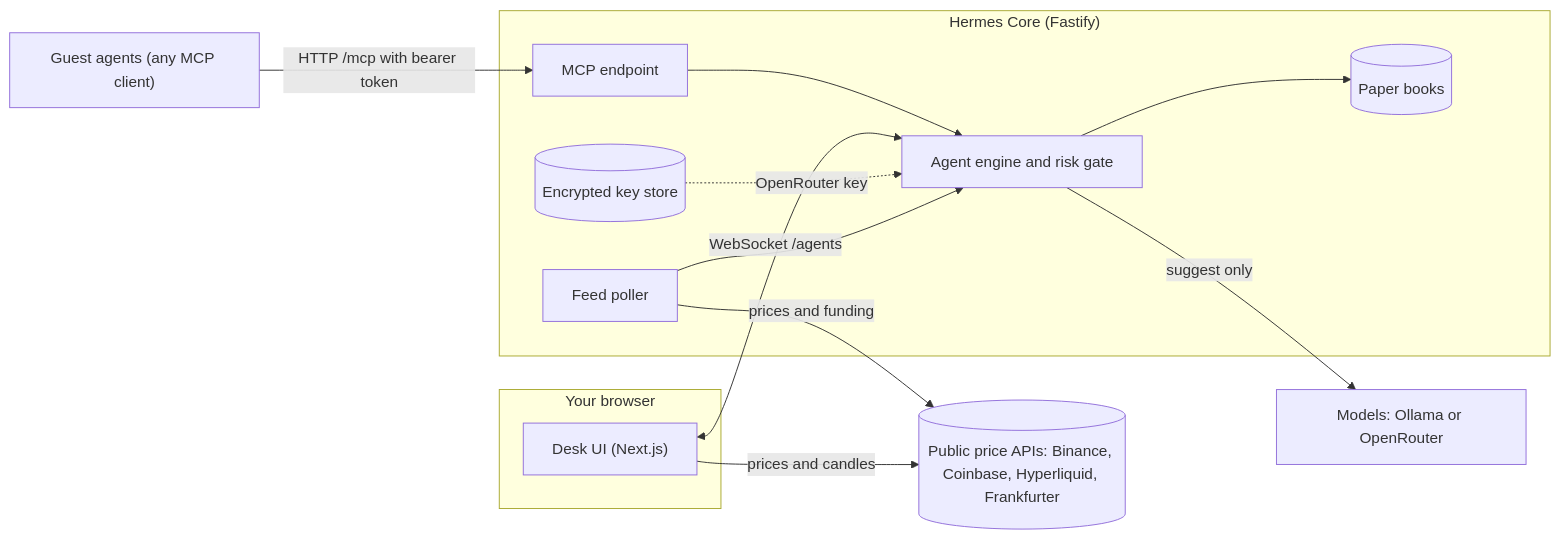
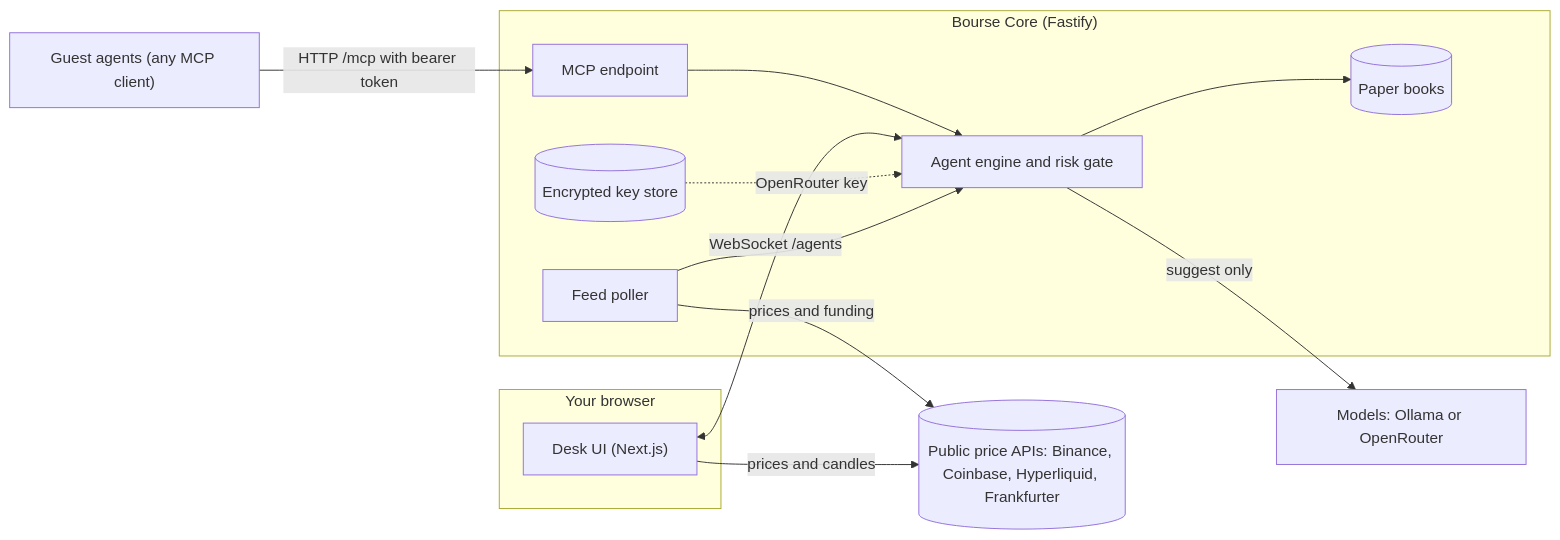
The diagram in README.md (djroken/Bourse-Dealing-Director), drawn with Mermaid before and after one commit. The commit also changed other lines of this file and 44 other files, not shown here.

First line of the commit message:
Rename the project from Hermes to Bourse

````diff
--- a/README.md
+++ b/README.md
@@ -67,25 +67,25 @@
 ```mermaid
 flowchart LR
   subgraph Browser["Your browser"]
     D["Desk UI (Next.js)"]
   end
-  subgraph Core["Hermes Core (Fastify)"]
+  subgraph Core["Bourse Core (Fastify)"]
     F["Feed poller"]
     E["Agent engine and risk gate"]
     B[("Paper books")]
     K[("Encrypted key store")]
     M["MCP endpoint"]
   end
   P[("Public price APIs: Binance, Coinbase, Hyperliquid, Frankfurter")]
   L["Models: Ollama or OpenRouter"]
   G["Guest agents (any MCP client)"]
   F -->|"prices and funding"| P
   F --> E
   E --> B
   E -->|"suggest only"| L
   K -.->|"OpenRouter key"| E
   D <-->|"WebSocket /agents"| E
   D -->|"prices and candles"| P
   G -->|"HTTP /mcp with bearer token"| M
   M --> E
 ```
````
